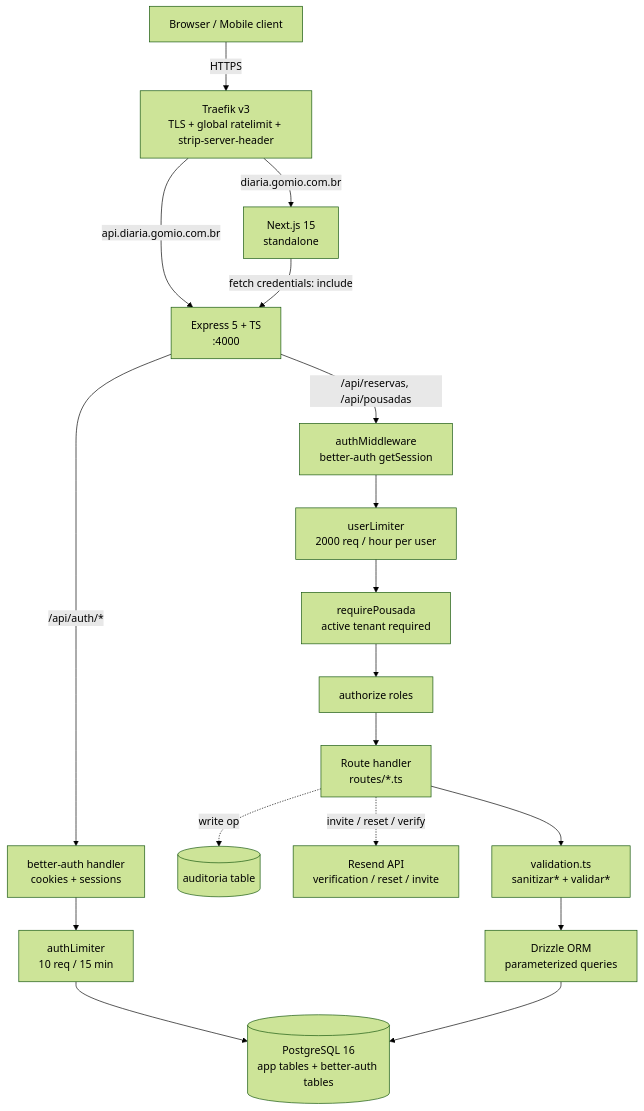
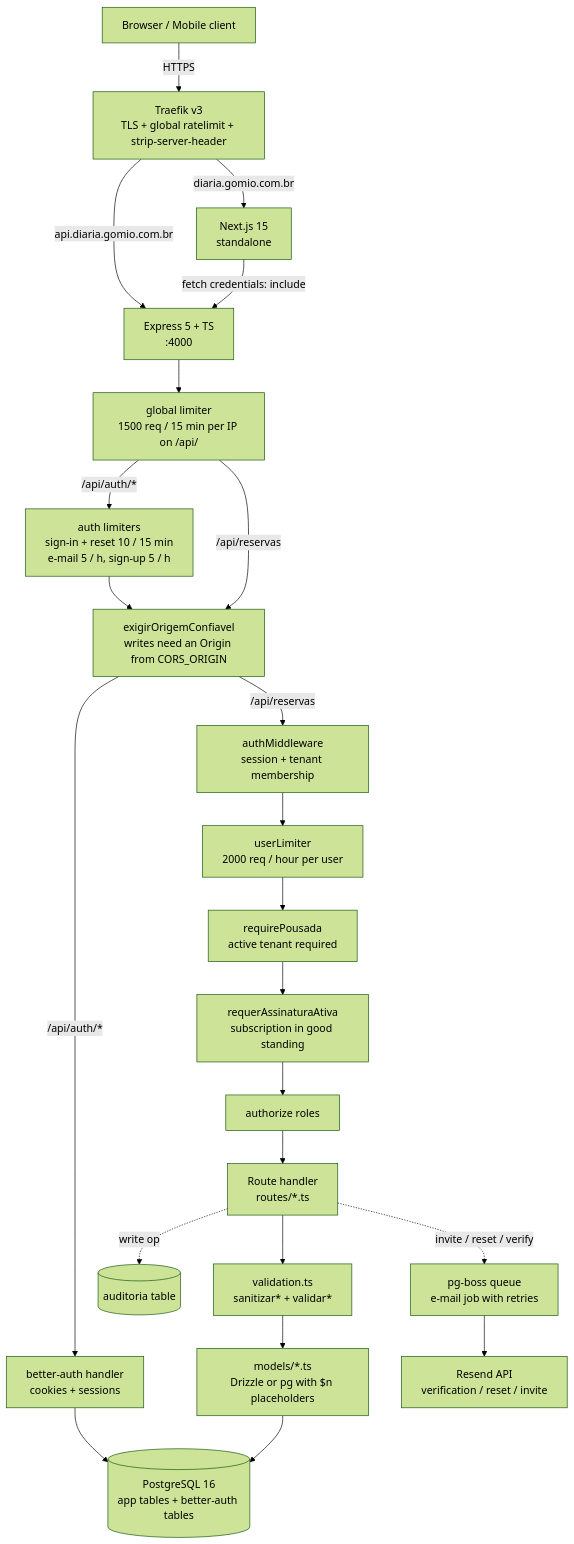
Before and after one commit to DevPedroGomes/Reservas_Pousada: the first of 3 diagrams in README.md, drawn with Mermaid (forest theme). The commit also changed other lines of this file, not shown here.

````diff
--- a/README.md
+++ b/README.md
@@ -48,38 +47,47 @@
 ```mermaid
 flowchart TD
     Client[Browser / Mobile client]
     Traefik[Traefik v3<br/>TLS + global ratelimit + strip-server-header]
     Frontend[Next.js 15<br/>standalone]
     Backend[Express 5 + TS<br/>:4000]
-    AuthMW[authMiddleware<br/>better-auth getSession]
-    AuthLimit[authLimiter<br/>10 req / 15 min]
+    Global[global limiter<br/>1500 req / 15 min per IP on /api/]
+    AuthLimits[auth limiters<br/>sign-in + reset 10 / 15 min<br/>e-mail 5 / h, sign-up 5 / h]
+    Origin[exigirOrigemConfiavel<br/>writes need an Origin from CORS_ORIGIN]
+    BetterAuth[better-auth handler<br/>cookies + sessions]
+    AuthMW[authMiddleware<br/>session + tenant membership]
     UserLimit[userLimiter<br/>2000 req / hour per user]
     ReqPousada[requirePousada<br/>active tenant required]
+    Assinatura[requerAssinaturaAtiva<br/>subscription in good standing]
     Authorize[authorize roles]
     Routes[Route handler<br/>routes/*.ts]
     Sanitize[validation.ts<br/>sanitizar* + validar*]
-    Drizzle[Drizzle ORM<br/>parameterized queries]
+    Models[models/*.ts<br/>Drizzle or pg with $n placeholders]
     PG[(PostgreSQL 16<br/>app tables + better-auth tables)]
     Audit[(auditoria table)]
+    Queue[pg-boss queue<br/>e-mail job with retries]
     Resend[Resend API<br/>verification / reset / invite]
 
     Client -->|HTTPS| Traefik
     Traefik -->|diaria.gomio.com.br| Frontend
     Traefik -->|api.diaria.gomio.com.br| Backend
     Frontend -->|fetch credentials: include| Backend
 
-    Backend -->|/api/auth/*| BetterAuth[better-auth handler<br/>cookies + sessions]
-    BetterAuth --> AuthLimit
-    AuthLimit --> PG
-
-    Backend -->|/api/reservas, /api/pousadas| AuthMW
+    Backend --> Global
+    Global -->|/api/auth/*| AuthLimits
+    AuthLimits --> Origin
+    Global -->|/api/reservas| Origin
+    Origin -->|/api/auth/*| BetterAuth
+    BetterAuth --> PG
+    Origin -->|/api/reservas| AuthMW
     AuthMW --> UserLimit
     UserLimit --> ReqPousada
-    ReqPousada --> Authorize
+    ReqPousada --> Assinatura
+    Assinatura --> Authorize
     Authorize --> Routes
     Routes --> Sanitize
-    Sanitize --> Drizzle
-    Drizzle --> PG
+    Sanitize --> Models
+    Models --> PG
     Routes -.write op.-> Audit
-    Routes -.invite / reset / verify.-> Resend
+    Routes -.invite / reset / verify.-> Queue
+    Queue --> Resend
 ```
````
